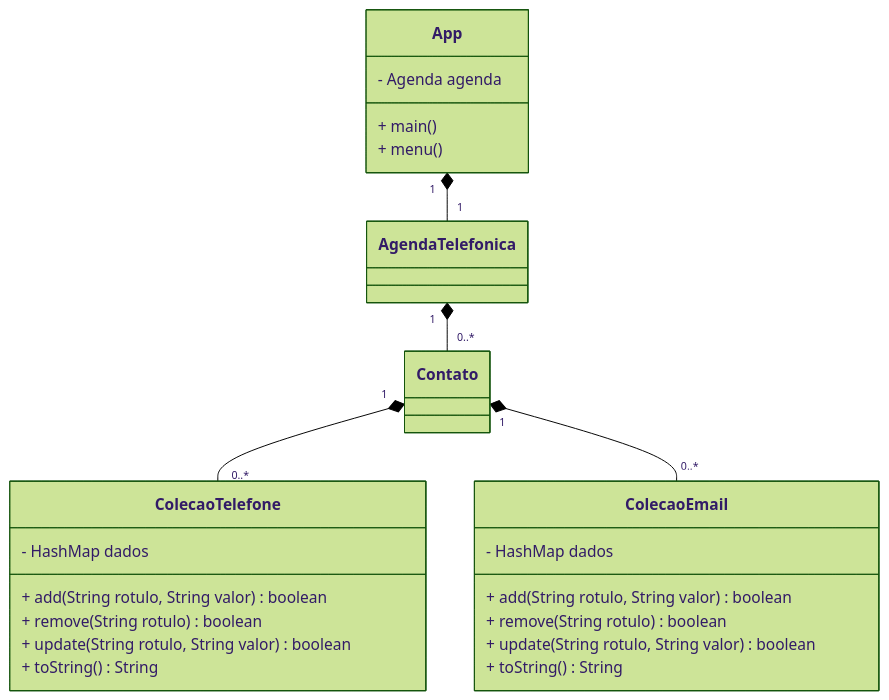
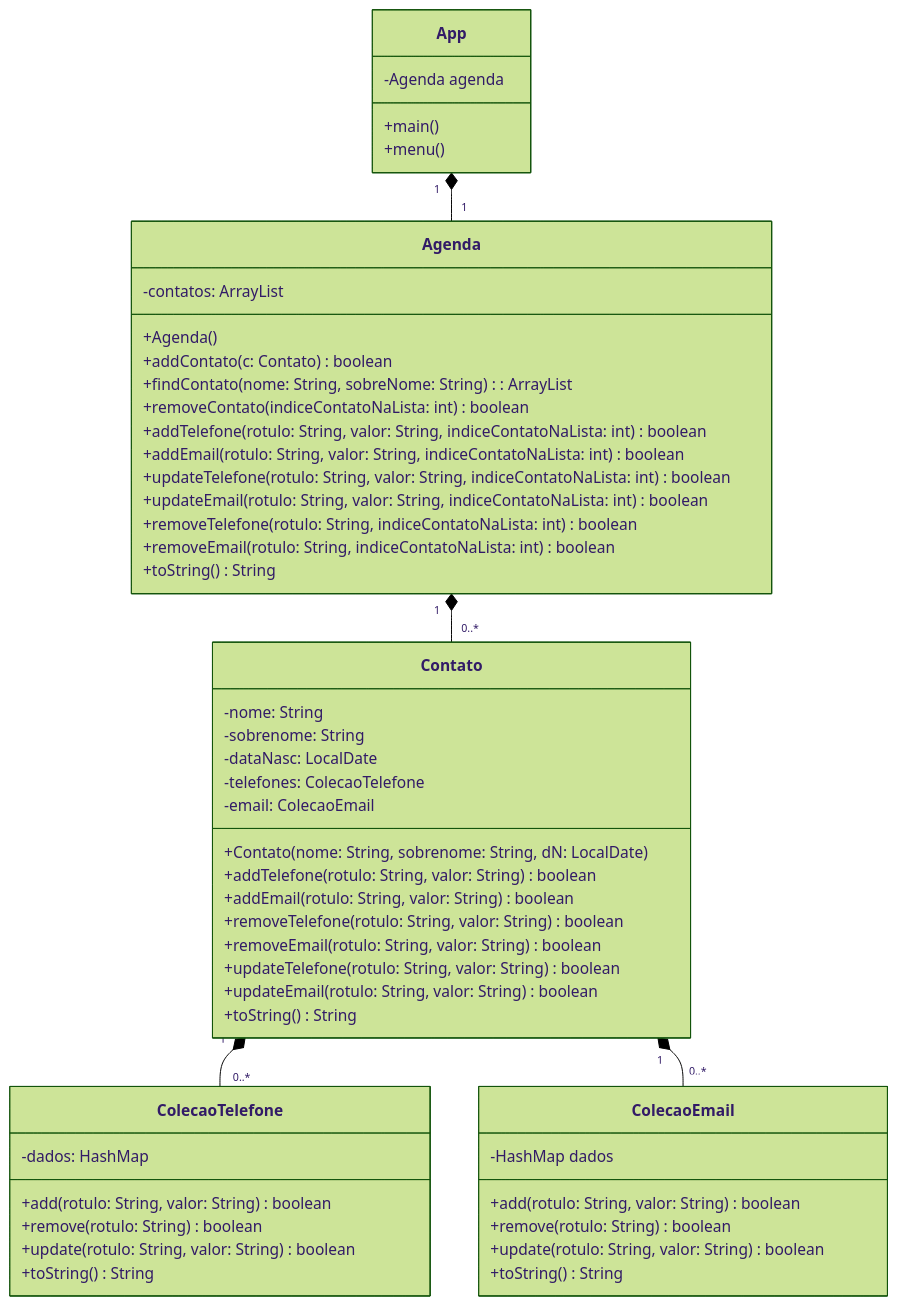
One commit to arthurabdala-ifsc/POO changed the diagram in aula-17/src/readme.md. Above: the diagram before and after it, drawn with Mermaid (forest theme). The commit also changed 2 other files, not shown here.

Commit message:
Diagrama de Classes finalizado

````diff
--- a/aula-17/src/readme.md
+++ b/aula-17/src/readme.md
@@ -3,29 +3,56 @@
 ```mermaid
     classDiagram
         class App{
-            - Agenda agenda
-            + main()
-            + menu()
+            -Agenda agenda
+            +main()
+            +menu()
         }
-        class AgendaTelefonica
-        class Contato
+        class Agenda{
+            -contatos: ArrayList<Contato>
+            +Agenda()
+            +addContato(c: Contato) boolean
+            +findContato(nome: String, sobreNome: String): ArrayList<Contato>
+            +removeContato(indiceContatoNaLista: int) boolean
+            +addTelefone(rotulo: String, valor: String, indiceContatoNaLista: int) boolean
+            +addEmail(rotulo: String, valor: String, indiceContatoNaLista: int) boolean
+            +updateTelefone(rotulo: String, valor: String, indiceContatoNaLista: int) boolean
+            +updateEmail(rotulo: String, valor: String, indiceContatoNaLista: int) boolean
+            +removeTelefone(rotulo: String, indiceContatoNaLista: int) boolean
+            +removeEmail(rotulo: String, indiceContatoNaLista: int) boolean
+            +toString() String
+        }
+        class Contato{
+            -nome: String
+            -sobrenome: String
+            -dataNasc: LocalDate
+            -telefones: ColecaoTelefone
+            -email: ColecaoEmail
+            +Contato(nome: String, sobrenome: String, dN: LocalDate)
+            +addTelefone(rotulo: String, valor: String) boolean
+            +addEmail(rotulo: String, valor: String) boolean
+            +removeTelefone(rotulo: String, valor: String) boolean
+            +removeEmail(rotulo: String, valor: String) boolean
+            +updateTelefone(rotulo: String, valor: String) boolean
+            +updateEmail(rotulo: String, valor: String) boolean
+            +toString() String
+        }
         class ColecaoTelefone{
-            - HashMap<String><String> dados
-            + add(String rotulo, String valor) boolean
-            + remove(String rotulo) boolean
-            + update(String rotulo, String valor) boolean
-            + toString() String
+            -dados: HashMap<String><String>
+            +add(rotulo: String, valor: String) boolean
+            +remove(rotulo: String) boolean
+            +update(rotulo: String, valor: String) boolean
+            +toString() String
         }
         class ColecaoEmail{
-            - HashMap<String><String> dados
-            + add(String rotulo, String valor) boolean
-            + remove(String rotulo) boolean
-            + update(String rotulo, String valor) boolean
-            + toString() String
+            -HashMap<String><String> dados
+            +add(rotulo: String, valor: String) boolean
+            +remove(rotulo: String) boolean
+            +update(rotulo: String, valor: String) boolean
+            +toString() String
         }
         
-        App "1" *-- "1" AgendaTelefonica
-        AgendaTelefonica "1" *-- "0..*" Contato
+        App "1" *-- "1" Agenda
+        Agenda "1" *-- "0..*" Contato
         Contato "1" *-- "0..*" ColecaoTelefone
         Contato "1" *-- "0..*" ColecaoEmail
 ```
````
